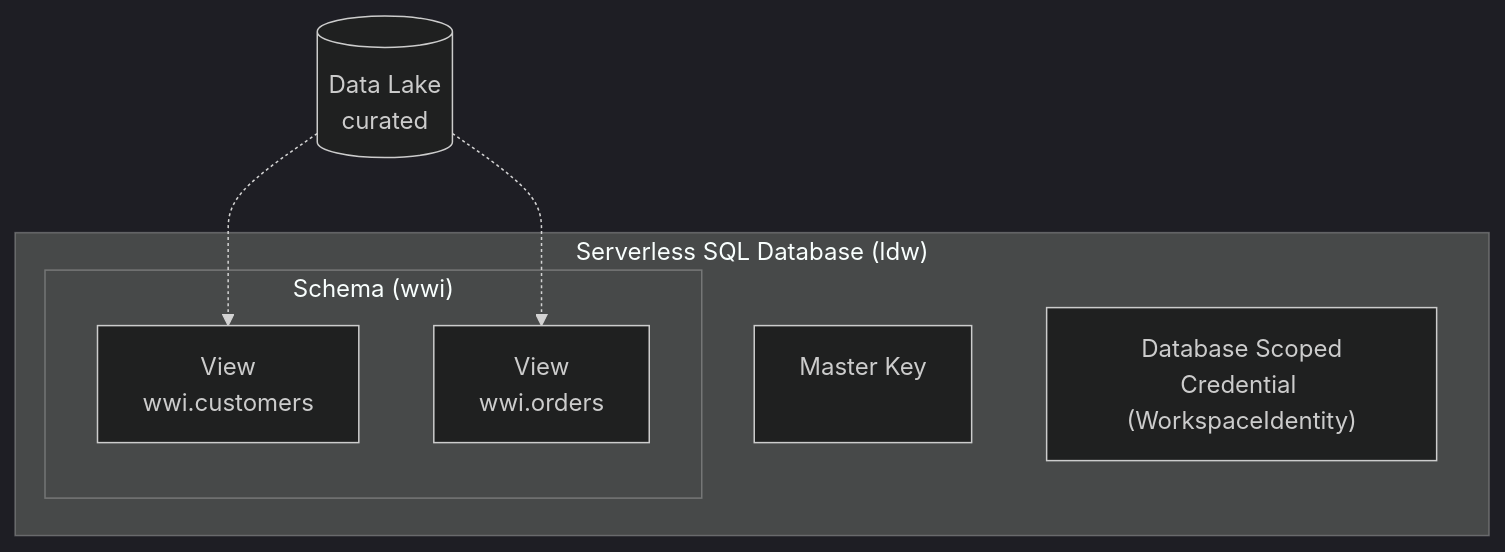
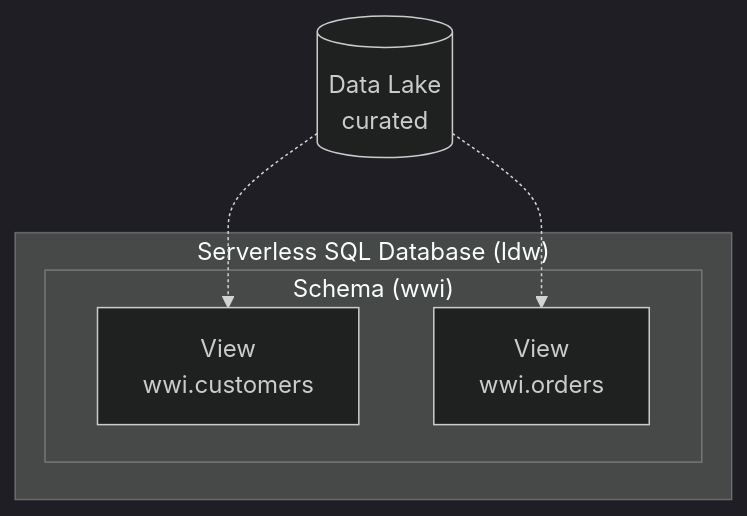
Before and after one commit to tayganr/lakehouse: the diagram in modules/module03.md, drawn with Mermaid (dark theme). The commit also changed other lines of this file, not shown here.

````diff
--- a/modules/module03.md
+++ b/modules/module03.md
@@ -19,14 +19,12 @@
 ```mermaid
 flowchart TB
 ds-.->v1
 ds-.->v2
 ds[(Data Lake\ncurated)]
 subgraph db["Serverless SQL Database (ldw)"]
-o1[Master Key\n<br>]
-o2["Database Scoped\nCredential (WorkspaceIdentity)"]
 subgraph schema["Schema (wwi)"]
 v1[View\nwwi.customers]
 v2[View\nwwi.orders]
 end
 end
 ```
````
